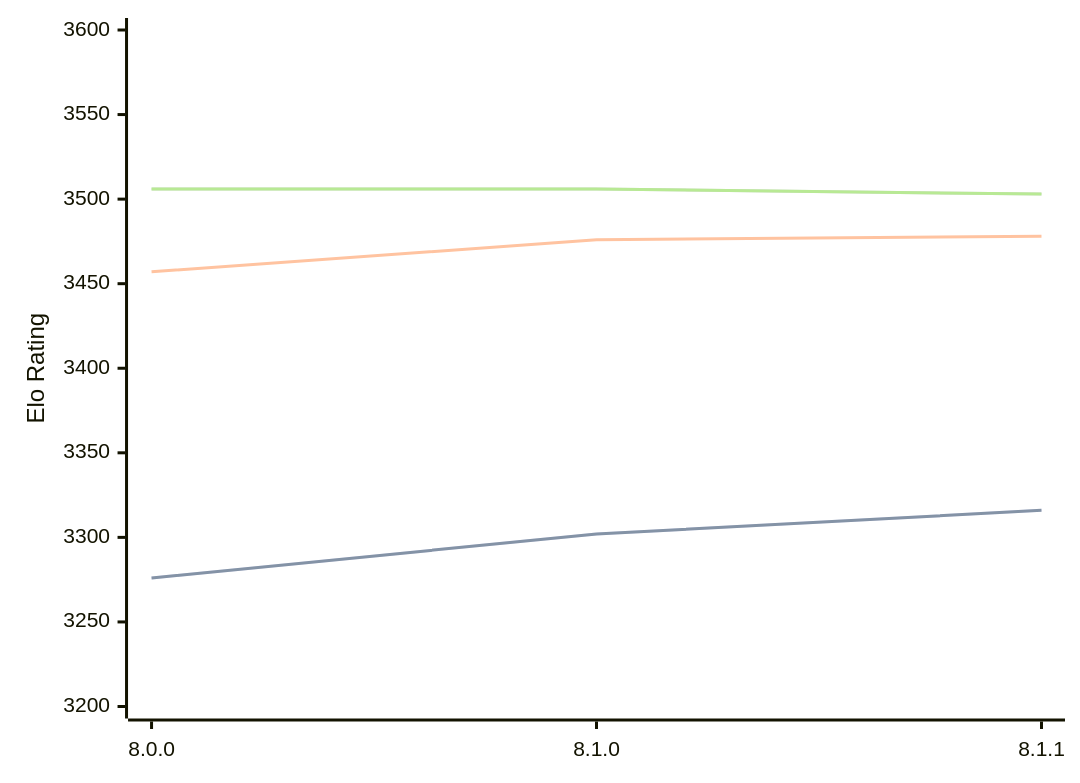
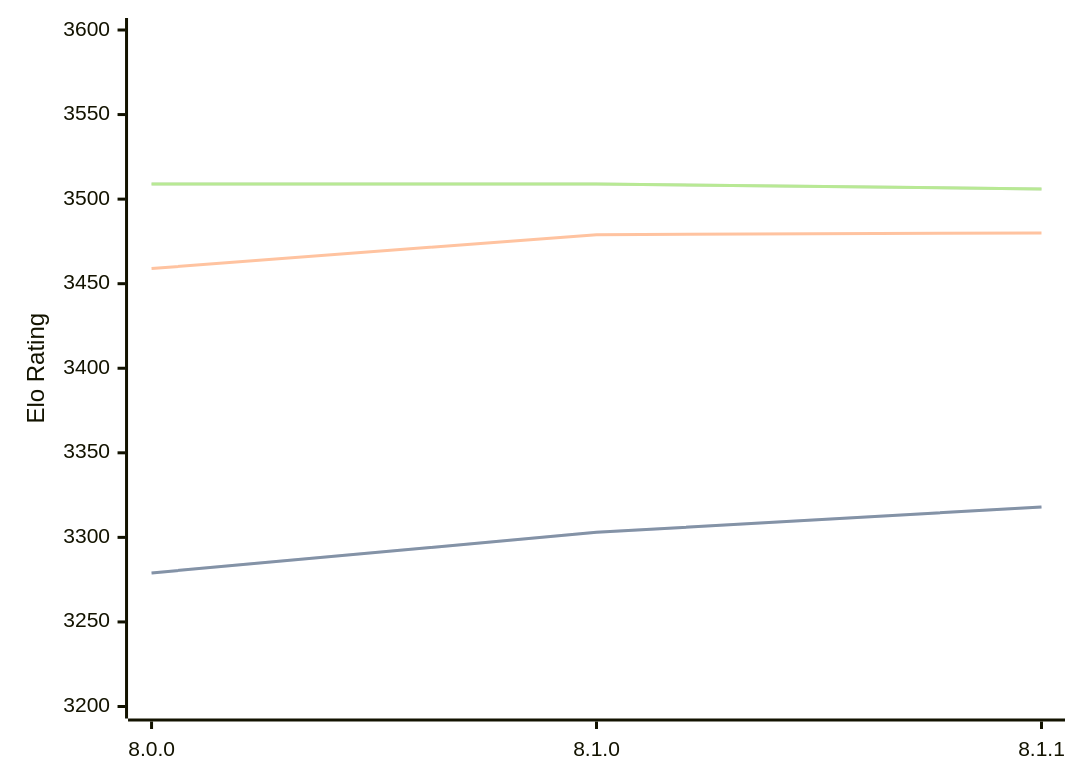
One commit to computer-chess-index/cci changed the diagram in engines/Velvet.md. Above: the diagram before and after it, drawn with Mermaid. The commit also changed other lines of this file, not shown here.

Commit message:
Update CCI Ratings (ELO VLTC) - 2026-02-20

````diff
--- a/engines/Velvet.md
+++ b/engines/Velvet.md
@@ -54,11 +54,11 @@
 ```mermaid
 %%{init: {"theme":"base","themeVariables":{"seriesColors:['#a3a3a3','#222221','#faa371']}}}%%
 xychart-beta
   x-axis ["8.0.0", "8.1.0", "8.1.1"]
   y-axis "Elo Rating" 3200 --> 3600
-  line "STC (8.0+0.08s)" [3276, 3302, 3316]
-  line "STC (8.0+0.08s)" [3276, 3302, 3316]
-  line "LTC (60.0+0.60s)" [3457, 3476, 3478]
-  line "VLTC (2m24s+1.12s)" [3506, 3506, 3503]
-  line "VLTC (2m24s+1.12s)" [3506, 3506, 3503]
+  line "STC (8.0+0.08s)" [3279, 3303, 3318]
+  line "STC (8.0+0.08s)" [3279, 3303, 3318]
+  line "LTC (60.0+0.60s)" [3459, 3479, 3480]
+  line "VLTC (2m24s+1.12s)" [3509, 3509, 3506]
+  line "VLTC (2m24s+1.12s)" [3509, 3509, 3506]
 ```
````
